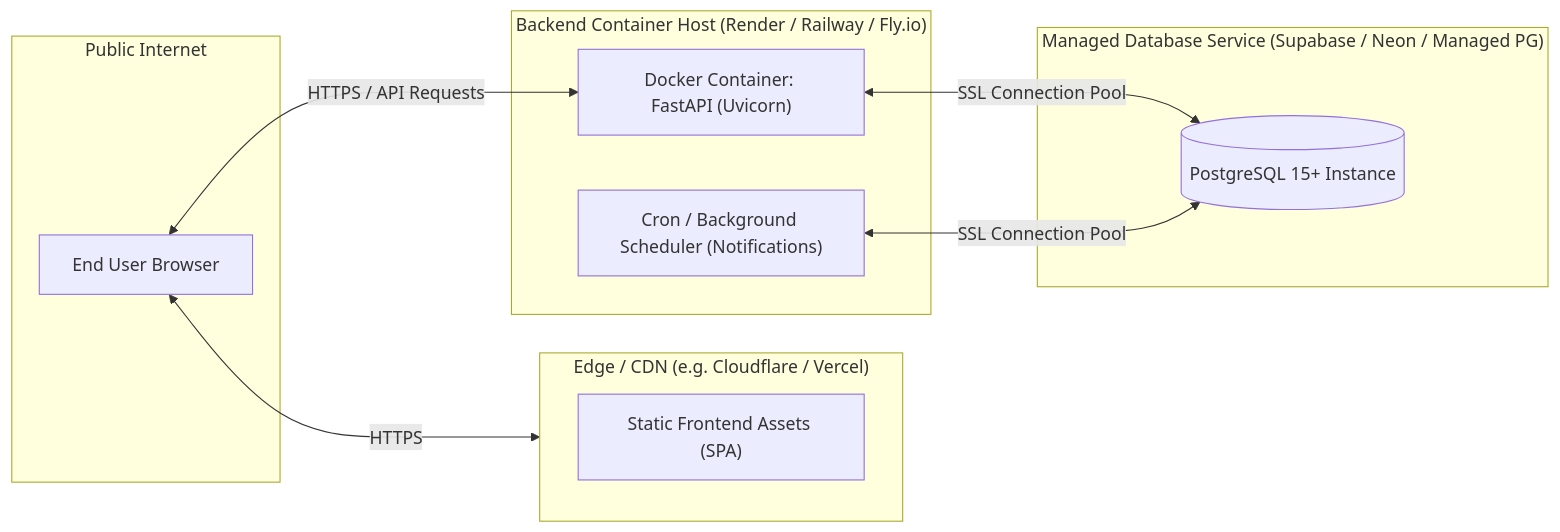
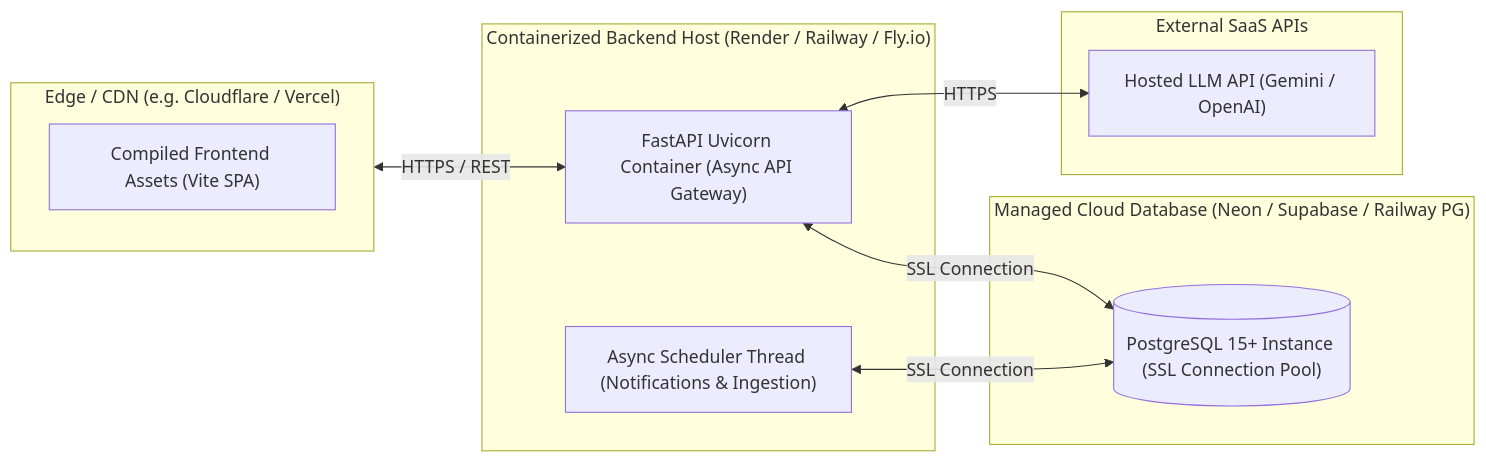
The eighth of 8 diagrams in docs/architecture.md (Kunal-net/deadline-radar), drawn with Mermaid before and after one commit. The commit also changed other lines of this file and 1 other file, not shown here.

Commit message:
docs: expand architecture documentation with core principles, technology stack evaluations, and system diagrams

````diff
--- a/docs/architecture.md
+++ b/docs/architecture.md
@@ -200,24 +730,24 @@
 ```mermaid
 flowchart LR
-    subgraph Internet ["Public Internet"]
-        Client[End User Browser]
+    subgraph EdgeLayer ["Edge / CDN (e.g. Cloudflare / Vercel)"]
+        StaticAssets["Compiled Frontend Assets (Vite SPA)"]
     end
 
-    subgraph Edge ["Edge / CDN (e.g. Cloudflare / Vercel)"]
-        StaticHosting["Static Frontend Assets (SPA)"]
+    subgraph ComputeHost ["Containerized Backend Host (Render / Railway / Fly.io)"]
+        APIContainer["FastAPI Uvicorn Container (Async API Gateway)"]
+        WorkerThread["Async Scheduler Thread (Notifications & Ingestion)"]
     end
 
-    subgraph CloudCompute ["Backend Container Host (Render / Railway / Fly.io)"]
-        DockerAPI["Docker Container: FastAPI (Uvicorn)"]
-        Worker["Cron / Background Scheduler (Notifications)"]
+    subgraph ManagedDB ["Managed Cloud Database (Neon / Supabase / Railway PG)"]
+        CloudPG[("PostgreSQL 15+ Instance (SSL Connection Pool)")]
     end
 
-    subgraph ManagedData ["Managed Database Service (Supabase / Neon / Managed PG)"]
-        CloudPG[("PostgreSQL 15+ Instance")]
+    subgraph ExternalSaaS ["External SaaS APIs"]
+        LLM["Hosted LLM API (Gemini / OpenAI)"]
     end
 
-    Client <-->|HTTPS| Edge
-    Client <-->|HTTPS / API Requests| DockerAPI
-    DockerAPI <-->|SSL Connection Pool| CloudPG
-    Worker <-->|SSL Connection Pool| CloudPG
+    EdgeLayer <-->|HTTPS / REST| APIContainer
+    APIContainer <-->|SSL Connection| CloudPG
+    WorkerThread <-->|SSL Connection| CloudPG
+    APIContainer <-->|HTTPS| LLM
 ```
````
